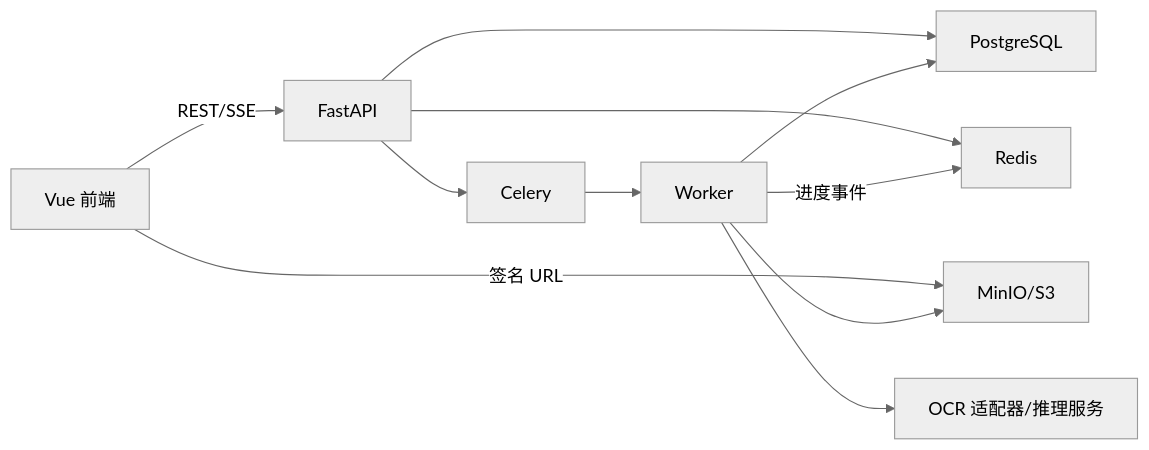
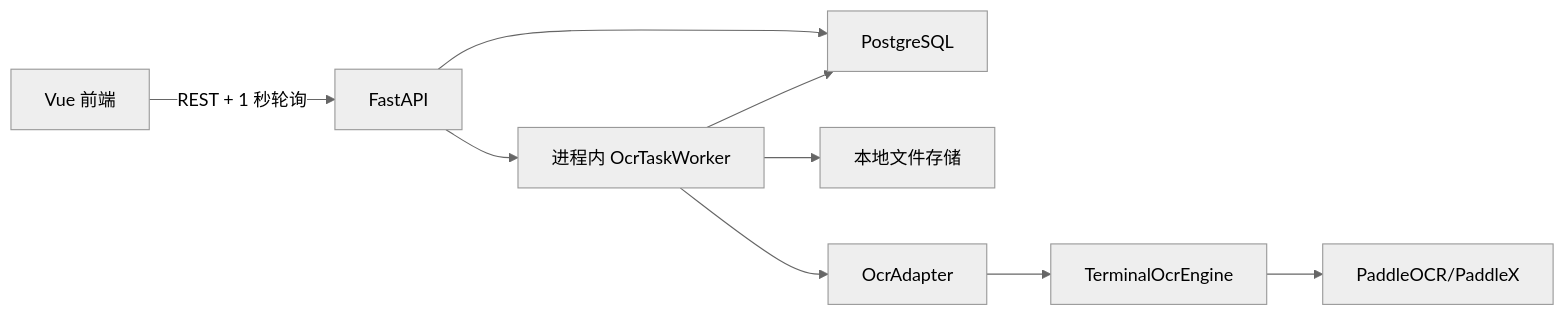
One commit to 030806/DDOCR changed the diagram in docs/03_Backend.md. Above: the diagram before and after it, drawn with Mermaid (neutral theme). The commit also changed other lines of this file and 6 other files, not shown here.

````diff
--- a/docs/03_Backend.md
+++ b/docs/03_Backend.md
@@ -23,13 +25,11 @@
 ```mermaid
 flowchart LR
-    FE["Vue 前端"] -->|REST/SSE| API["FastAPI"]
-    FE -->|签名 URL| OBJ["MinIO/S3"]
+    FE["Vue 前端"] -->|REST + 1 秒轮询| API["FastAPI"]
     API --> PG["PostgreSQL"]
-    API --> REDIS["Redis"]
-    API --> Q["Celery"]
-    Q --> W["Worker"]
-    W --> OBJ
+    API --> W["进程内 OcrTaskWorker"]
+    W --> FS["本地文件存储"]
     W --> PG
-    W --> INF["OCR 适配器/推理服务"]
-    W -->|进度事件| REDIS
+    W --> ADAPTER["OcrAdapter"]
+    ADAPTER --> ENGINE["TerminalOcrEngine"]
+    ENGINE --> PADDLE["PaddleOCR/PaddleX"]
 ```
````
